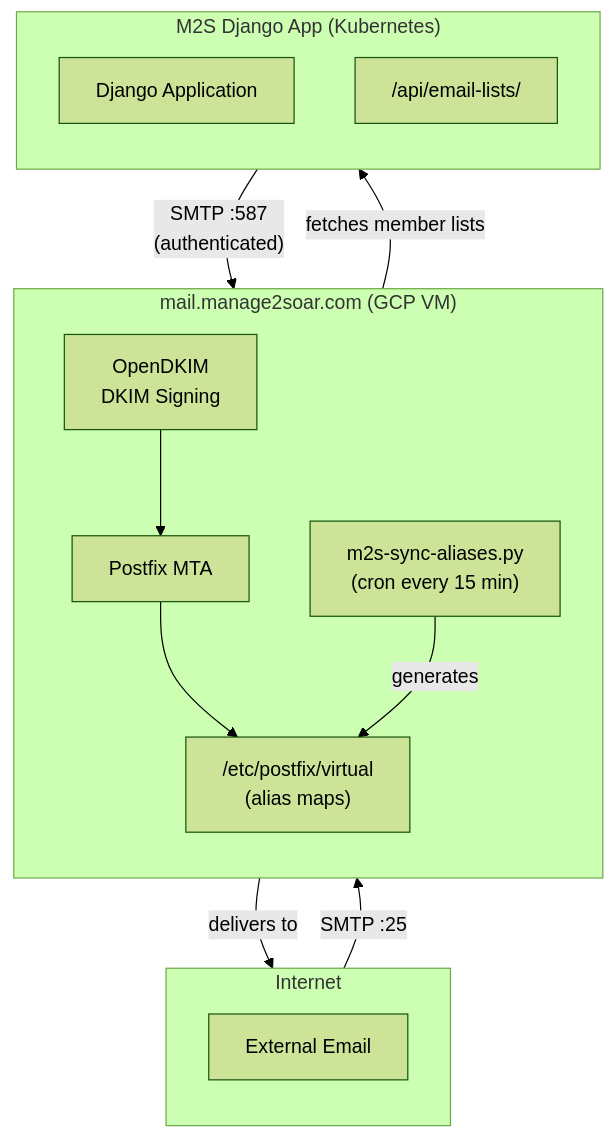
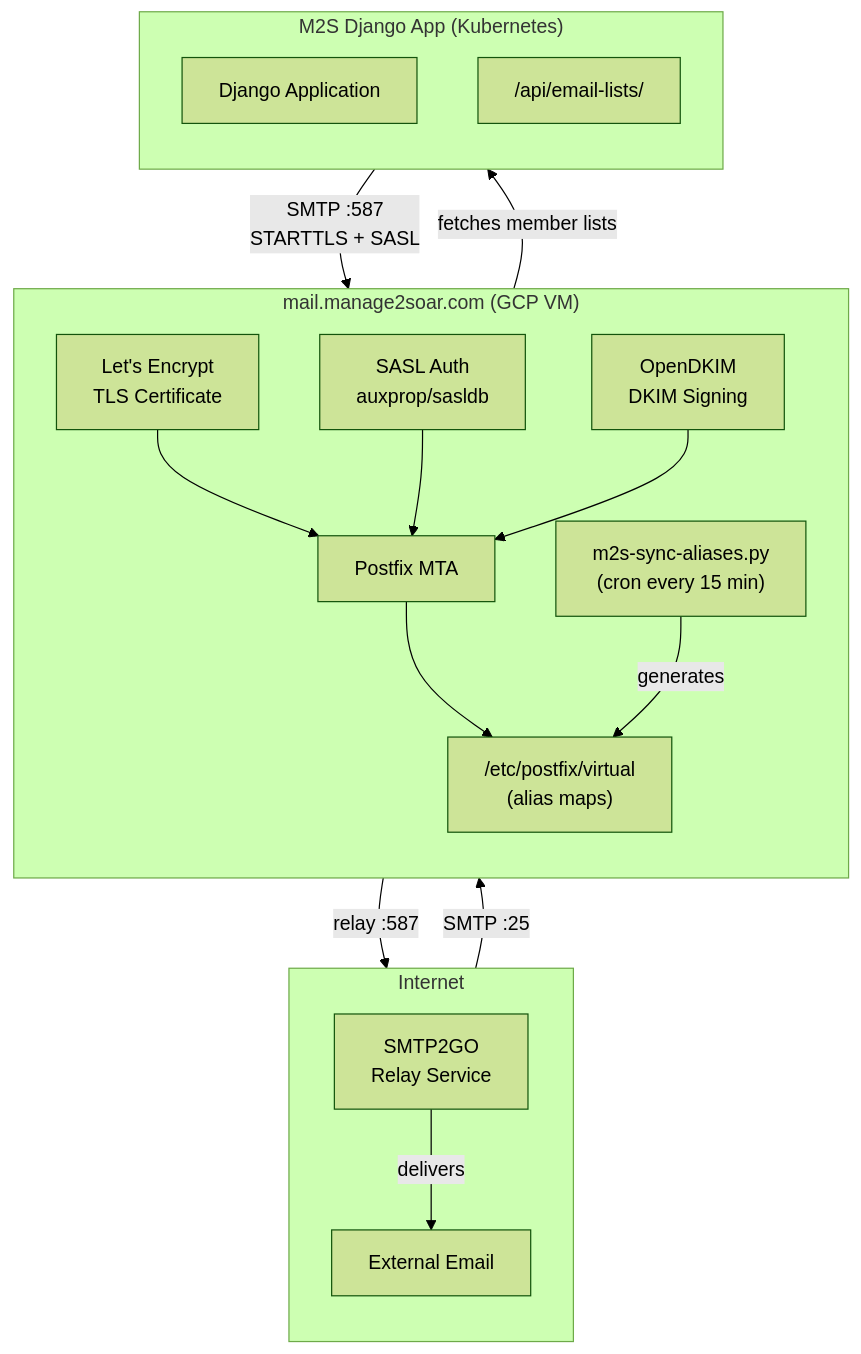
One commit to pietbarber/Manage2Soar changed the diagram in docs/resolved-issues/issue-238-email-infrastructure.md. Above: the diagram before and after it, drawn with Mermaid (forest theme). The commit also changed other lines of this file and 8 other files, not shown here.

First line of the commit message:
Backport mail server SASL/chroot fixes to Ansible playbooks

````diff
--- a/docs/resolved-issues/issue-238-email-infrastructure.md
+++ b/docs/resolved-issues/issue-238-email-infrastructure.md
@@ -30,30 +31,36 @@
 ```mermaid
 flowchart TB
     subgraph Internet
         direction TB
         ExtMail[External Email]
+        SMTP2GO[SMTP2GO<br/>Relay Service]
     end
 
     subgraph GCP["mail.manage2soar.com (GCP VM)"]
         direction TB
         Postfix[Postfix MTA]
         OpenDKIM[OpenDKIM<br/>DKIM Signing]
+        SASL[SASL Auth<br/>auxprop/sasldb]
+        TLS[Let's Encrypt<br/>TLS Certificate]
         Virtual["/etc/postfix/virtual<br/>(alias maps)"]
         Sync["m2s-sync-aliases.py<br/>(cron every 15 min)"]
 
+        TLS --> Postfix
+        SASL --> Postfix
         OpenDKIM --> Postfix
         Postfix --> Virtual
         Sync -->|generates| Virtual
     end
 
     subgraph K8s["M2S Django App (Kubernetes)"]
         direction TB
         Django[Django Application]
         API["/api/email-lists/"]
     end
 
     ExtMail -->|"SMTP :25"| Postfix
-    Postfix -->|"delivers to"| ExtMail
-    Django -->|"SMTP :587<br/>(authenticated)"| Postfix
+    Postfix -->|"relay :587"| SMTP2GO
+    SMTP2GO -->|"delivers"| ExtMail
+    Django -->|"SMTP :587<br/>STARTTLS + SASL"| Postfix
     Sync -->|"fetches member lists"| API
 ```
````
